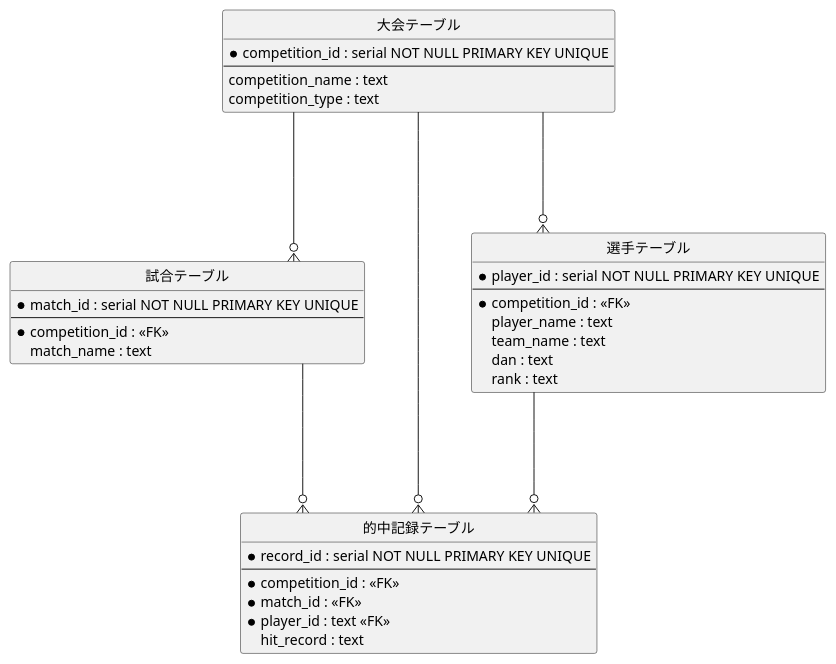
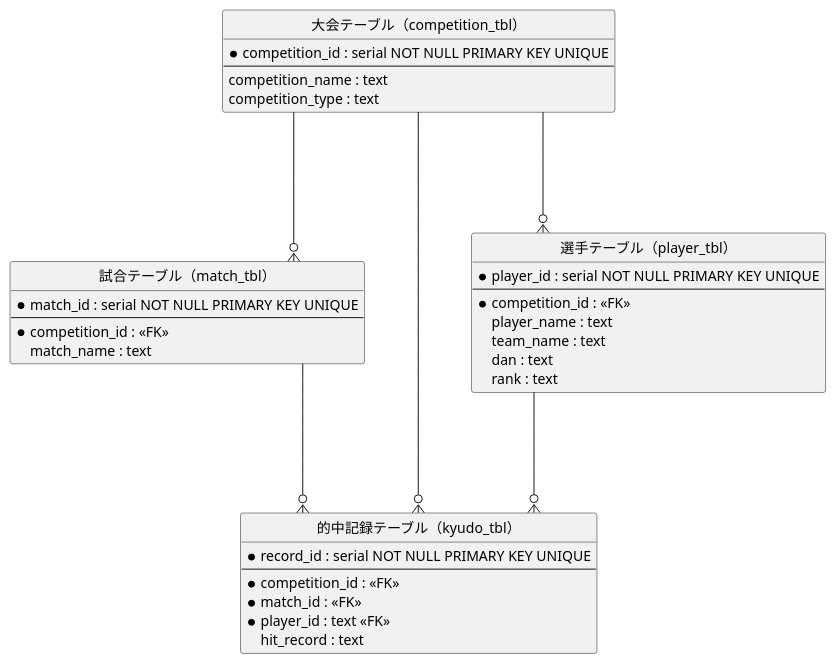
One commit to ssksoft/kyudo changed the diagram in uml/er_diagram.pu. Above: the diagram before and after it, drawn with PlantUML. The commit also changed 1 other file, not shown here.

Commit message:
ER図に準拠するようにmake_dbを修正

```diff
--- a/uml/er_diagram.pu
+++ b/uml/er_diagram.pu
@@ -1,48 +1,48 @@
 @startuml er_diagram
 
 ' hide the spot
 hide circle
 
 ' avoid problems with angled crows feet
 skinparam linetype ortho
 
-entity "大会テーブル" as competition_tbl {
+entity "大会テーブル（competition_tbl）" as competition_tbl {
   *competition_id : serial NOT NULL PRIMARY KEY UNIQUE
   --
   competition_name : text
   competition_type : text
 }
 
-entity "試合テーブル" as match_tbl {
+entity "試合テーブル（match_tbl）" as match_tbl {
   *match_id : serial NOT NULL PRIMARY KEY UNIQUE
   --
   *competition_id : <<FK>>
   match_name : text
 }
 
-entity "的中記録テーブル" as hit_record_tbl {
+entity "的中記録テーブル（kyudo_tbl）" as hit_record_tbl {
   *record_id : serial NOT NULL PRIMARY KEY UNIQUE
   --
   *competition_id : <<FK>>
   *match_id : <<FK>>
   *player_id : text <<FK>>
   hit_record : text
 }
 
-entity "選手テーブル" as player_tbl {
+entity "選手テーブル（player_tbl）" as player_tbl {
   *player_id : serial NOT NULL PRIMARY KEY UNIQUE
   --
   *competition_id : <<FK>>
   player_name : text
   team_name : text
   dan : text
   rank : text
 }
 
 competition_tbl ---o{ match_tbl
 match_tbl ---o{ hit_record_tbl
 player_tbl ---o{ hit_record_tbl
 competition_tbl ---o{ hit_record_tbl
 competition_tbl ---o{ player_tbl
 
 @enduml
```
